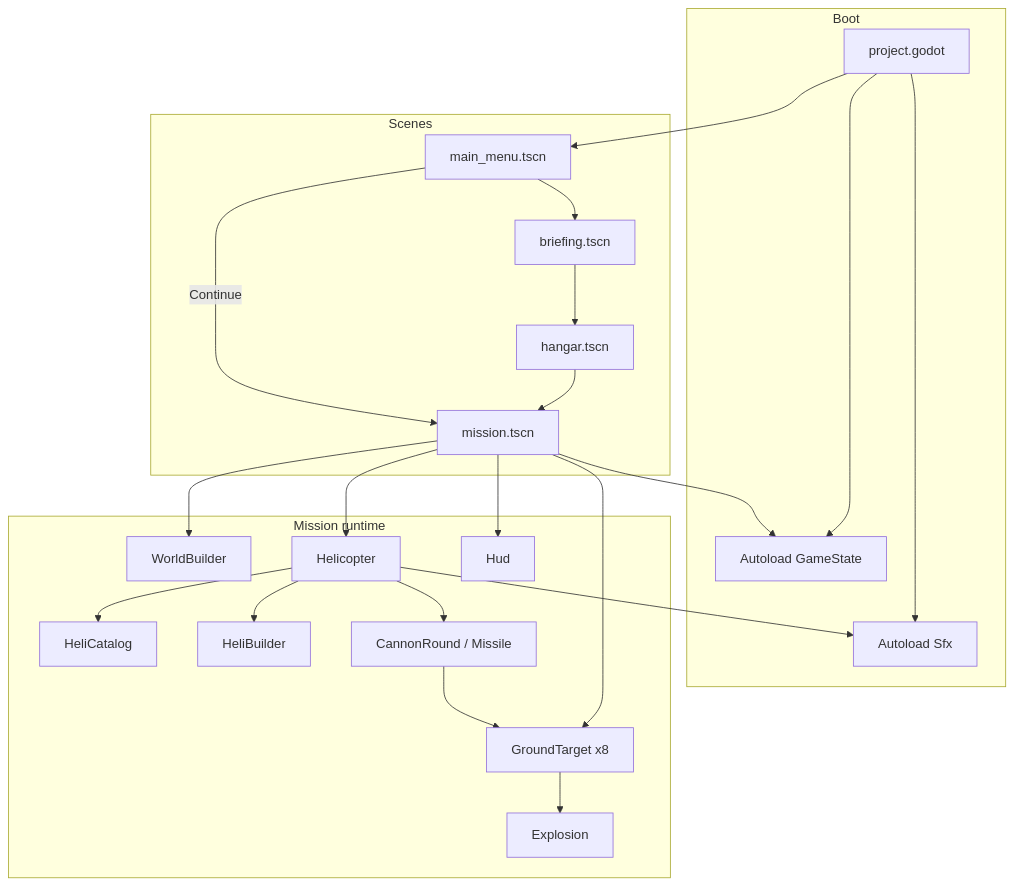
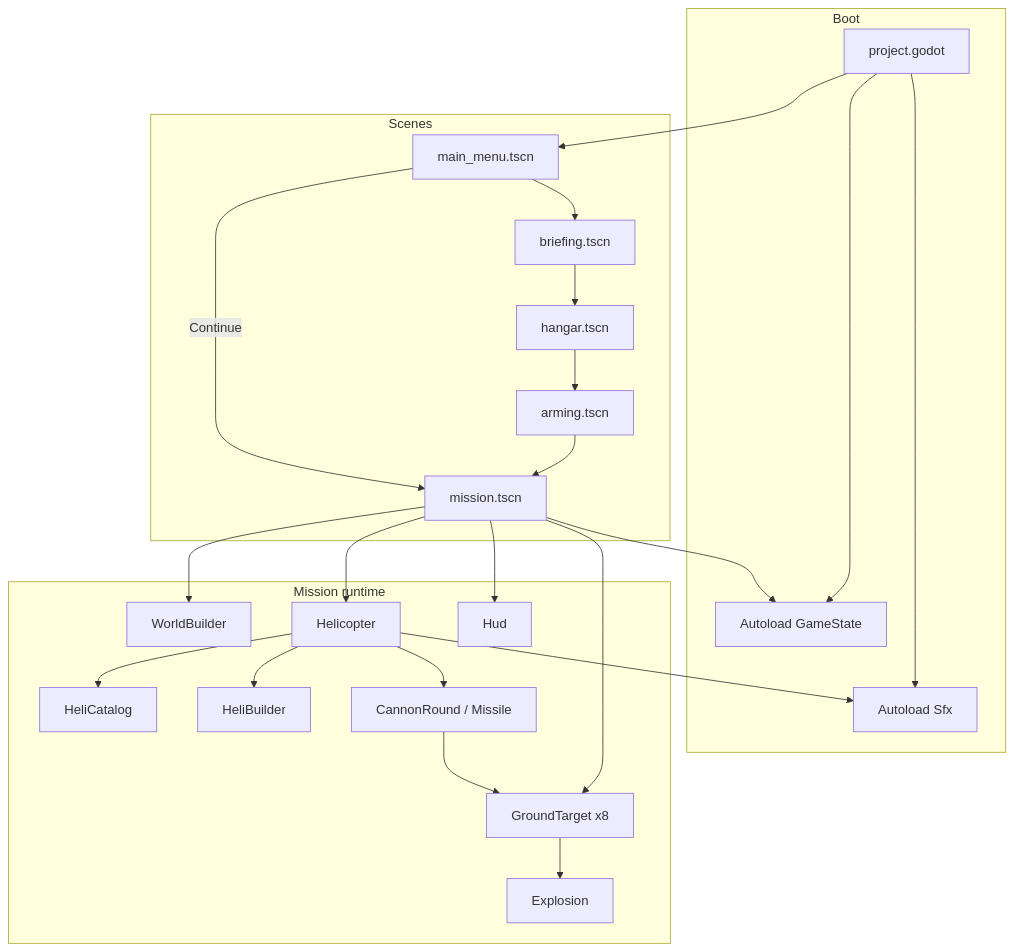
Before and after one commit to kgorecki/HeliStrike: the first of 4 diagrams in docs/architecture.md, drawn with Mermaid. The commit also changed other lines of this file and 17 other files, not shown here.

````diff
--- a/docs/architecture.md
+++ b/docs/architecture.md
@@ -9,45 +9,47 @@
 ```mermaid
 flowchart TB
   subgraph boot [Boot]
     PG["project.godot"]
     GS["Autoload GameState"]
     SFX["Autoload Sfx"]
   end
 
   subgraph scenes [Scenes]
     Menu["main_menu.tscn"]
     Brief["briefing.tscn"]
     Hangar["hangar.tscn"]
+    Arming["arming.tscn"]
     Mission["mission.tscn"]
   end
 
   subgraph mission [Mission runtime]
     WB["WorldBuilder"]
     Heli["Helicopter"]
     Cat["HeliCatalog"]
     HB["HeliBuilder"]
     Tgt["GroundTarget x8"]
     Wpn["CannonRound / Missile"]
     HUD["Hud"]
     FX["Explosion"]
   end
 
   PG --> GS
   PG --> SFX
   PG --> Menu
   Menu --> Brief
   Brief --> Hangar
-  Hangar --> Mission
+  Hangar --> Arming
+  Arming --> Mission
   Menu -->|Continue| Mission
   Mission --> WB
   Mission --> Heli
   Mission --> Tgt
   Mission --> HUD
   Heli --> Cat
   Heli --> HB
   Heli --> Wpn
   Wpn --> Tgt
   Tgt --> FX
   Heli --> SFX
   Mission --> GS
 ```
````
